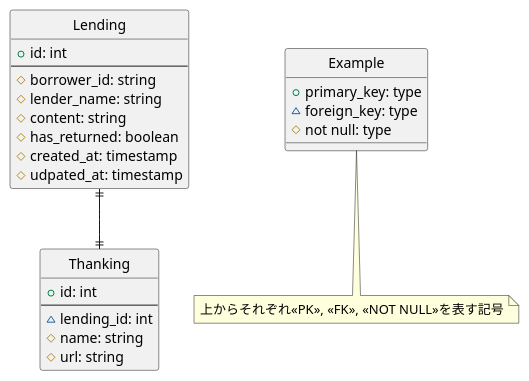
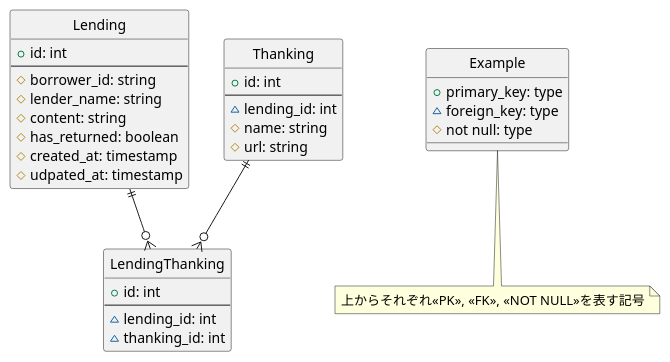
One commit to TOMOFUMI-KONDO/intern-line-bot changed the diagram in document/er.puml. Above: the diagram before and after it, drawn with PlantUML.

Commit message:
Added intermediate table lending_thanking

```diff
--- a/document/er.puml
+++ b/document/er.puml
@@ -1,34 +1,44 @@
 @startuml
 
 hide circle
 skinparam inetype ortho
 
+' 借り
 entity Lending {
     +id: int
     --
     #borrower_id: string
     #lender_name: string
     #content: string
     #has_returned: boolean
     #created_at: timestamp
     #udpated_at: timestamp
 }
 
+' お礼
 entity Thanking {
     +id: int
     --
     ~lending_id: int
     #name: string
     #url: string
 }
 
-Lending ||--|| Thanking
+entity LendingThanking {
+    +id: int
+    --
+    ~lending_id: int
+    ~thanking_id: int
+}
+
+Lending ||--o{ LendingThanking
+Thanking ||--o{ LendingThanking
 
 entity Example {
     +primary_key: type
     ~foreign_key: type
     #not null: type
 }
 note bottom: 上からそれぞれ<<PK>>, <<FK>>, <<NOT NULL>>を表す記号
 
 @enduml
```
